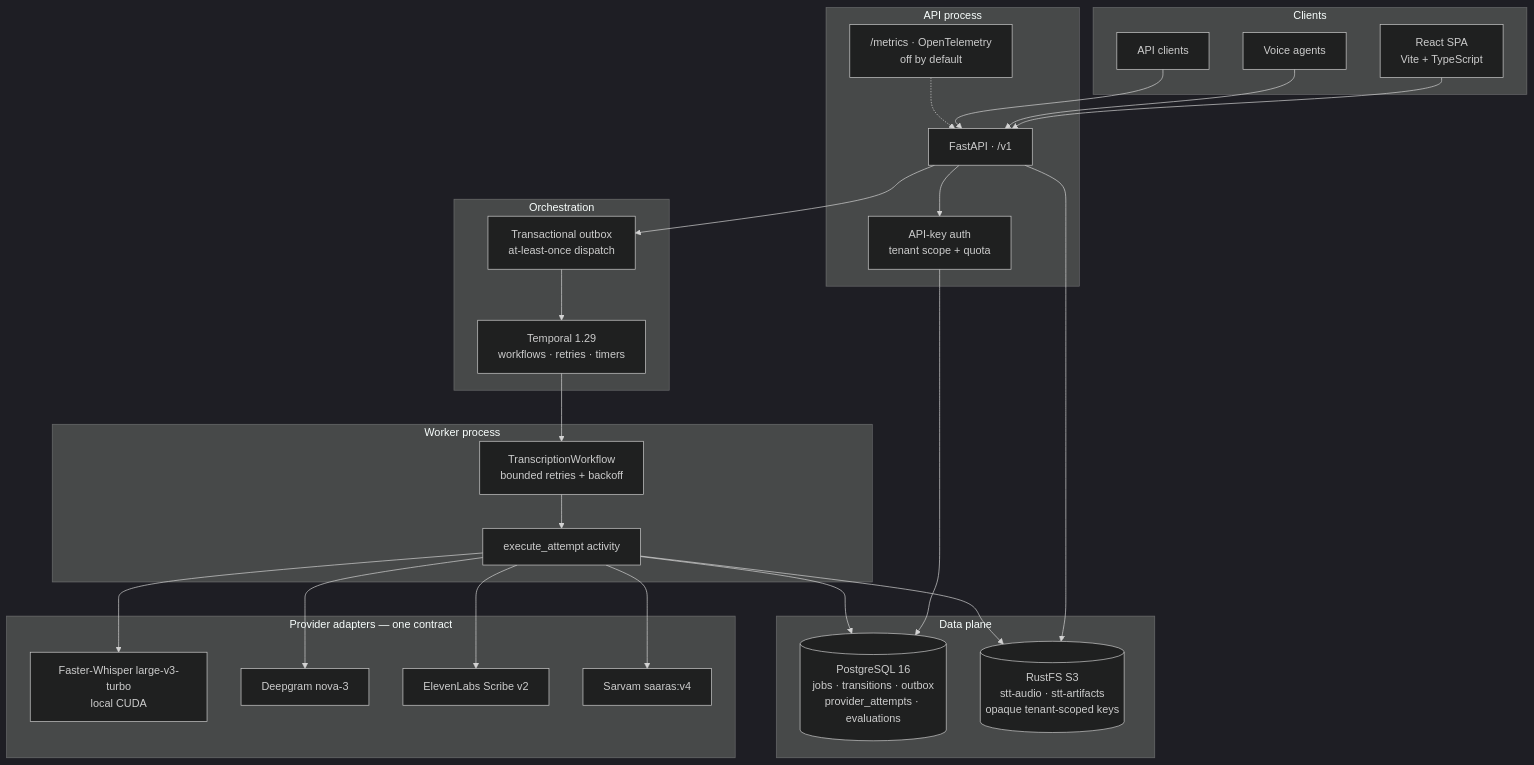
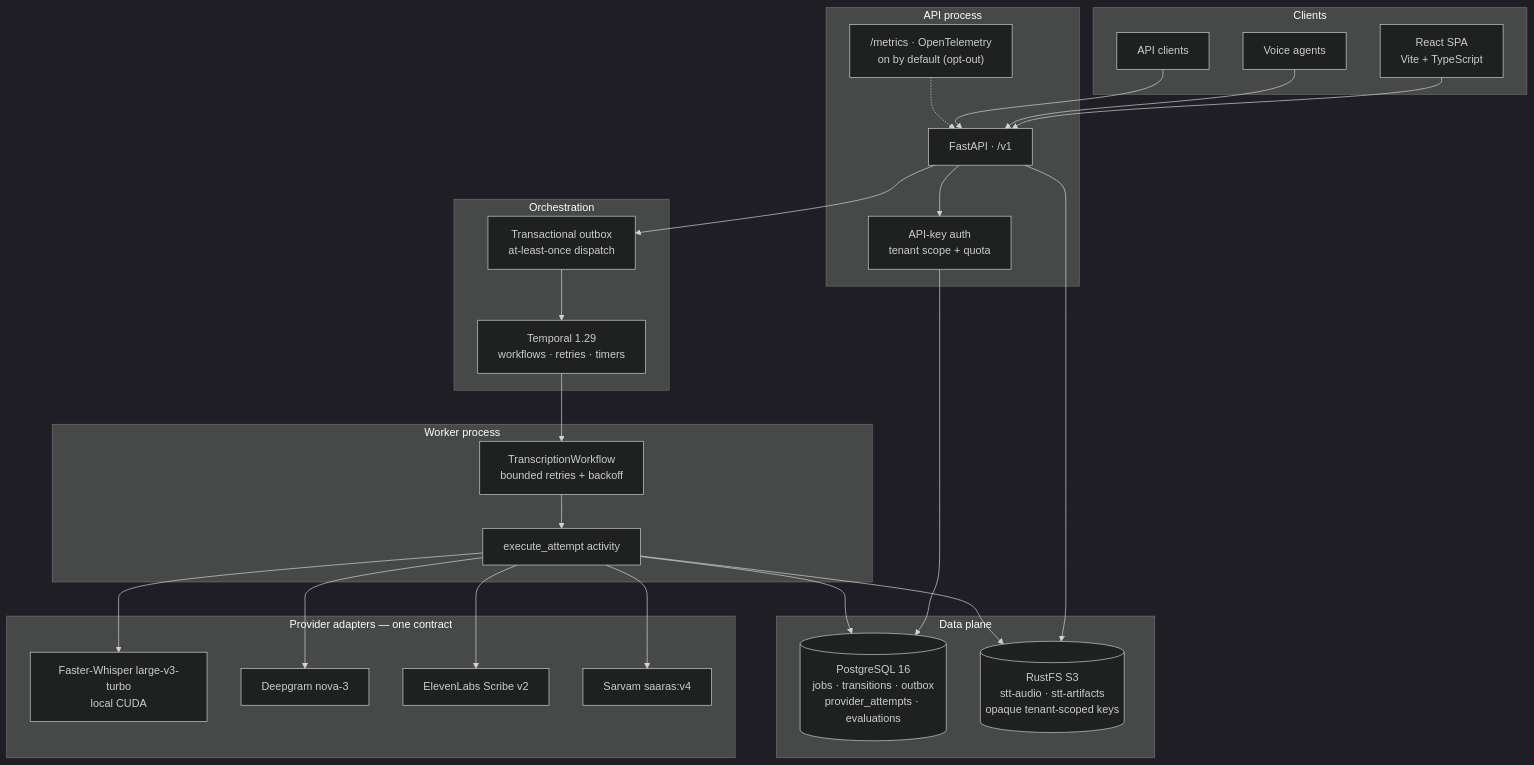
The first of 3 diagrams in README.md (Abdul-Jaweed/stt-platform), drawn with Mermaid (dark theme) before and after one commit. The commit also changed other lines of this file and 2 other files, not shown here.

````diff
--- a/README.md
+++ b/README.md
@@ -37,52 +44,52 @@
 ```mermaid
 graph TB
     subgraph clients[Clients]
         UI["React SPA<br/>Vite + TypeScript"]
         AGENT["Voice agents"]
         CLI["API clients"]
     end
 
     subgraph apip["API process"]
         FAST["FastAPI · /v1"]
         AUTH["API-key auth<br/>tenant scope + quota"]
-        OBS["/metrics · OpenTelemetry<br/>off by default"]
+        OBS["/metrics · OpenTelemetry<br/>on by default (opt-out)"]
     end
 
     subgraph data[Data plane]
         PG[("PostgreSQL 16<br/>jobs · transitions · outbox<br/>provider_attempts · evaluations")]
         S3[("RustFS S3<br/>stt-audio · stt-artifacts<br/>opaque tenant-scoped keys")]
     end
 
     subgraph orch[Orchestration]
         TEMP["Temporal 1.29<br/>workflows · retries · timers"]
         OUTBOX["Transactional outbox<br/>at-least-once dispatch"]
     end
 
     subgraph wk[Worker process]
         WF["TranscriptionWorkflow<br/>bounded retries + backoff"]
         ACT["execute_attempt activity"]
     end
 
     subgraph prov[Provider adapters — one contract]
         FW["Faster-Whisper large-v3-turbo<br/>local CUDA"]
         DG["Deepgram nova-3"]
         EL["ElevenLabs Scribe v2"]
         SV["Sarvam saaras:v4"]
     end
 
     UI --> FAST
     AGENT --> FAST
     CLI --> FAST
     FAST --> AUTH
     AUTH --> PG
     FAST --> S3
     FAST --> OUTBOX --> TEMP
     TEMP --> WF --> ACT
     ACT --> S3
     ACT --> FW
     ACT --> DG
     ACT --> EL
     ACT --> SV
     ACT --> PG
     OBS -.-> FAST
 ```
````
